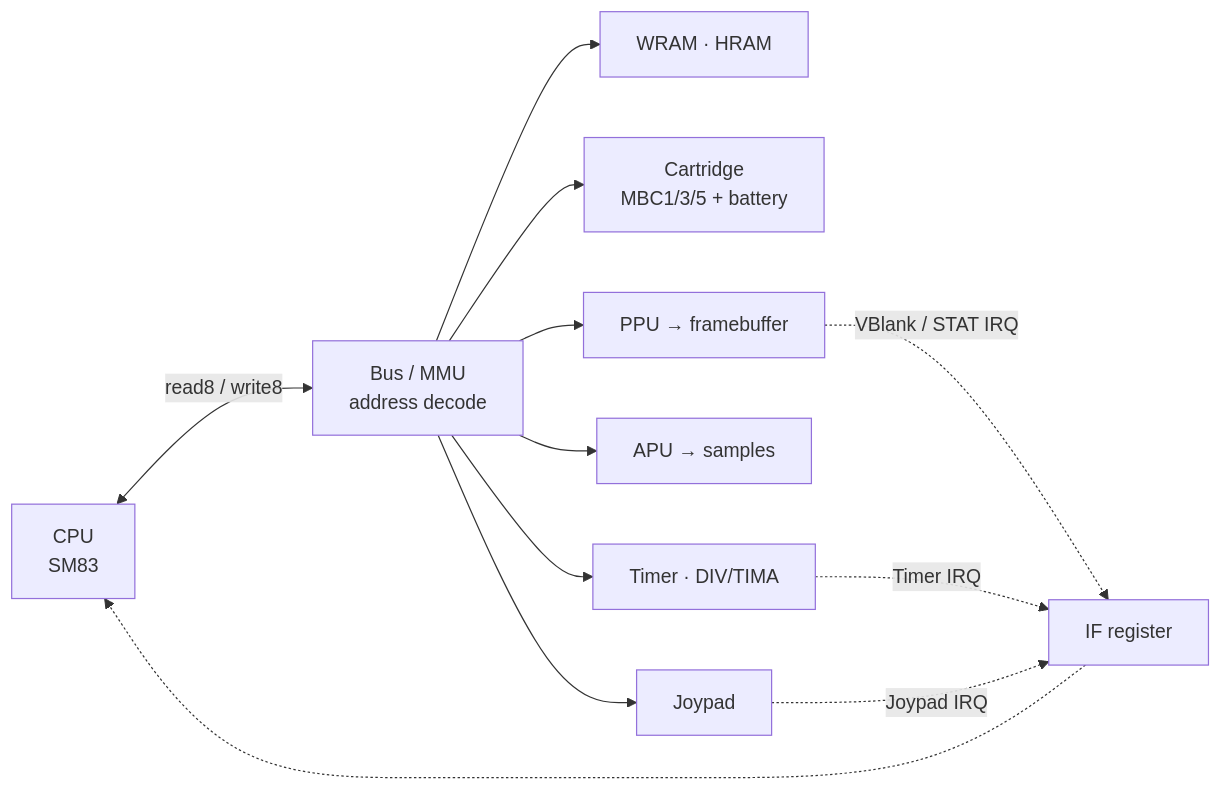
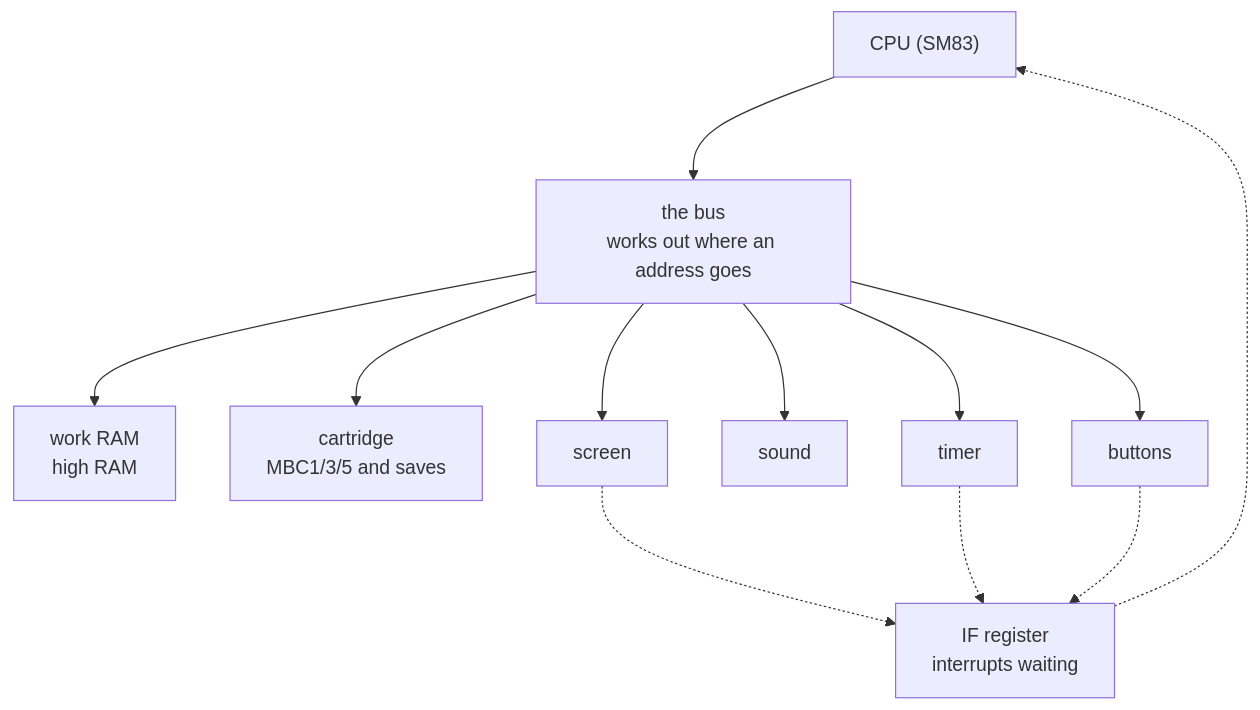
The fifth of 16 diagrams in docs/architecture.md (dudustri/rustboy-color), drawn with Mermaid before and after one commit. The commit also changed other lines of this file and 17 other files, not shown here.

Commit message:
docs: add modules and cpu operation of SM83 docs and specify register functionalities in the code

````diff
--- a/docs/architecture.md
+++ b/docs/architecture.md
@@ -151,14 +157,15 @@
 ```mermaid
-flowchart LR
-    CPU["CPU<br/>SM83"] <-->|"read8 / write8"| BUS["Bus / MMU<br/>address decode"]
-    BUS --> WRAM["WRAM · HRAM"]
-    BUS --> CART["Cartridge<br/>MBC1/3/5 + battery"]
-    BUS --> PPU["PPU → framebuffer"]
-    BUS --> APU["APU → samples"]
-    BUS --> TIM["Timer · DIV/TIMA"]
-    BUS --> JOY["Joypad"]
-    PPU -.->|"VBlank / STAT IRQ"| IF["IF register"]
-    TIM -.->|"Timer IRQ"| IF
-    JOY -.->|"Joypad IRQ"| IF
+%%{init: {"flowchart": {"nodeSpacing": 45, "rankSpacing": 85}}}%%
+flowchart TB
+    CPU["CPU (SM83)"] --> BUS["the bus<br/>works out where an address goes"]
+    BUS --> WRAM["work RAM<br/>high RAM"]
+    BUS --> CART["cartridge<br/>MBC1/3/5 and saves"]
+    BUS --> PPU["screen"]
+    BUS --> APU["sound"]
+    BUS --> TIM["timer"]
+    BUS --> JOY["buttons"]
+    PPU -.-> IF["IF register<br/>interrupts waiting"]
+    TIM -.-> IF
+    JOY -.-> IF
     IF -.-> CPU
 ```
````
